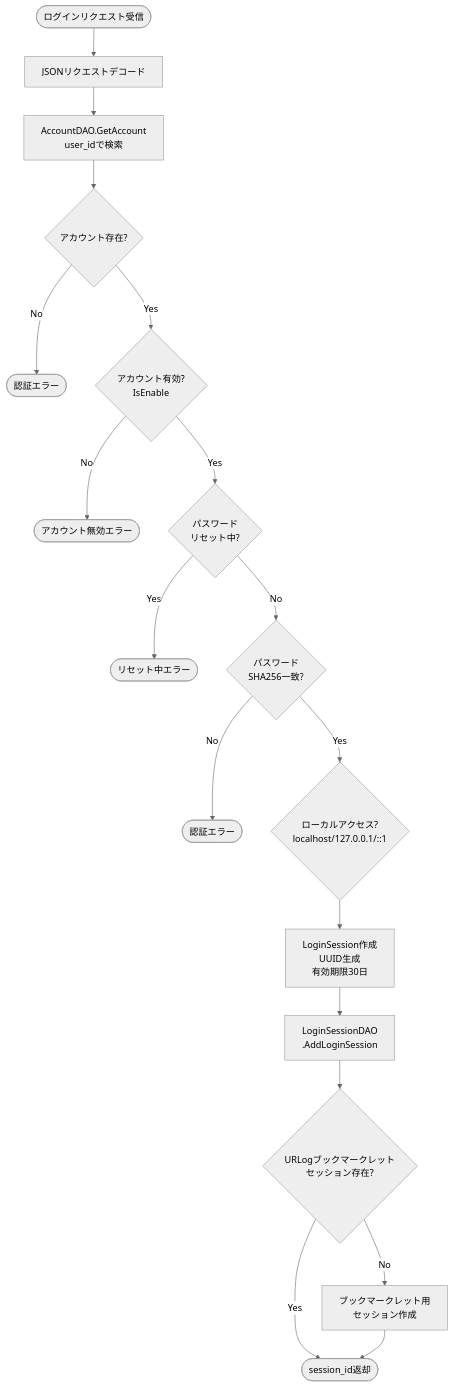
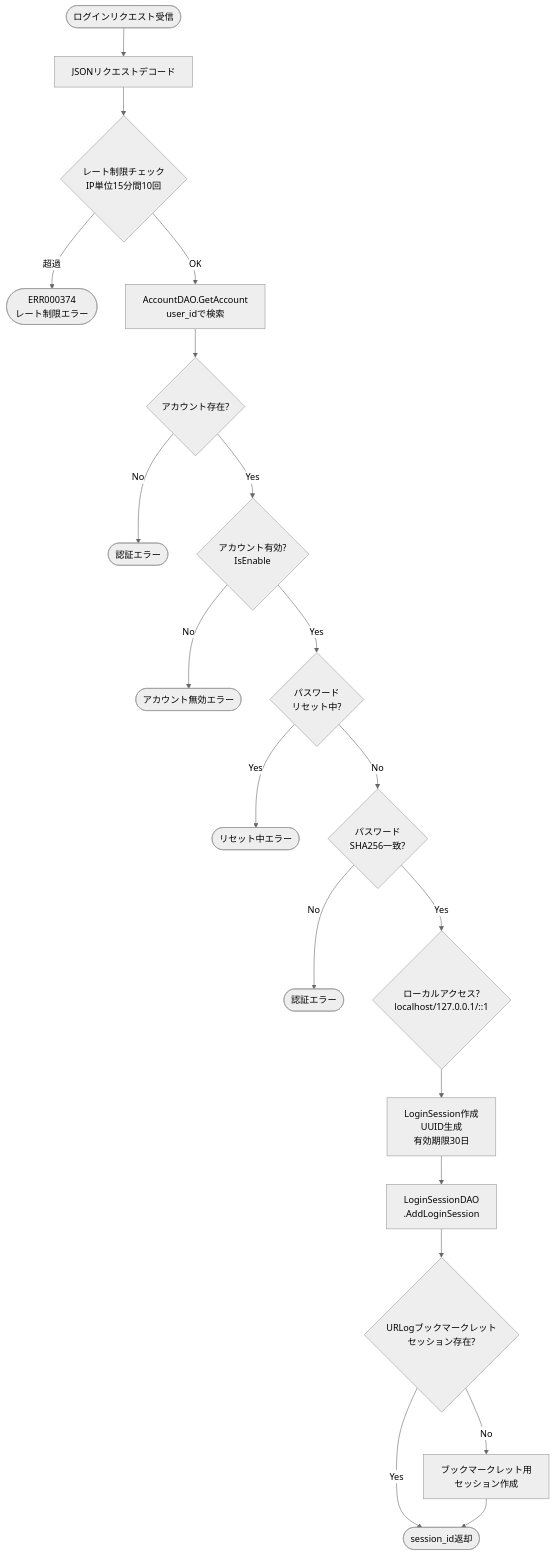
One commit to mt3hr/gkill changed the sixth of 7 diagrams in documents/reverse/activity-diagrams.md. Above: the diagram before and after it, drawn with Mermaid (neutral theme). The commit also changed other lines of this file and 24 other files, not shown here.

````diff
--- a/documents/reverse/activity-diagrams.md
+++ b/documents/reverse/activity-diagrams.md
@@ -178,26 +186,28 @@
 ```mermaid
 flowchart TD
     Start([ログインリクエスト受信]) --> DecodeReq[JSONリクエストデコード]
-    DecodeReq --> GetAccount[AccountDAO.GetAccount<br>user_idで検索]
+    DecodeReq --> RateLimit{レート制限チェック<br>IP単位15分間10回}
+    RateLimit -->|超過| ErrorRate([ERR000374<br>レート制限エラー])
+    RateLimit -->|OK| GetAccount[AccountDAO.GetAccount<br>user_idで検索]
 
     GetAccount --> AccountExists{アカウント存在?}
     AccountExists -->|No| Error401([認証エラー])
     AccountExists -->|Yes| IsEnabled{アカウント有効?<br>IsEnable}
 
     IsEnabled -->|No| Error403([アカウント無効エラー])
     IsEnabled -->|Yes| ResetPending{パスワード<br>リセット中?}
 
     ResetPending -->|Yes| Error403b([リセット中エラー])
     ResetPending -->|No| PasswordMatch{パスワード<br>SHA256一致?}
 
     PasswordMatch -->|No| Error401b([認証エラー])
     PasswordMatch -->|Yes| CheckLocal{ローカルアクセス?<br>localhost/127.0.0.1/::1}
 
     CheckLocal --> CreateSession[LoginSession作成<br>UUID生成<br>有効期限30日]
     CreateSession --> SaveSession[LoginSessionDAO<br>.AddLoginSession]
     SaveSession --> CheckBookmarklet{URLogブックマークレット<br>セッション存在?}
 
     CheckBookmarklet -->|No| CreateBookmarklet[ブックマークレット用<br>セッション作成]
     CheckBookmarklet -->|Yes| ReturnSession
     CreateBookmarklet --> ReturnSession([session_id返却])
 ```
````
